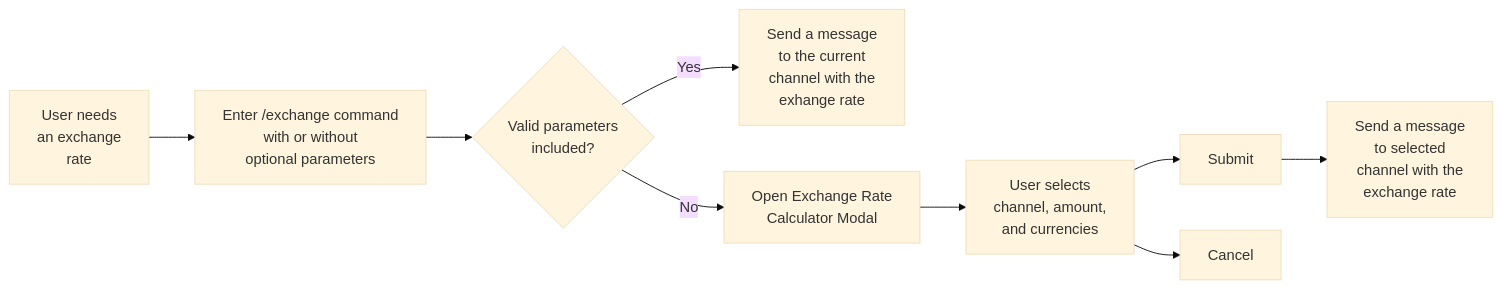
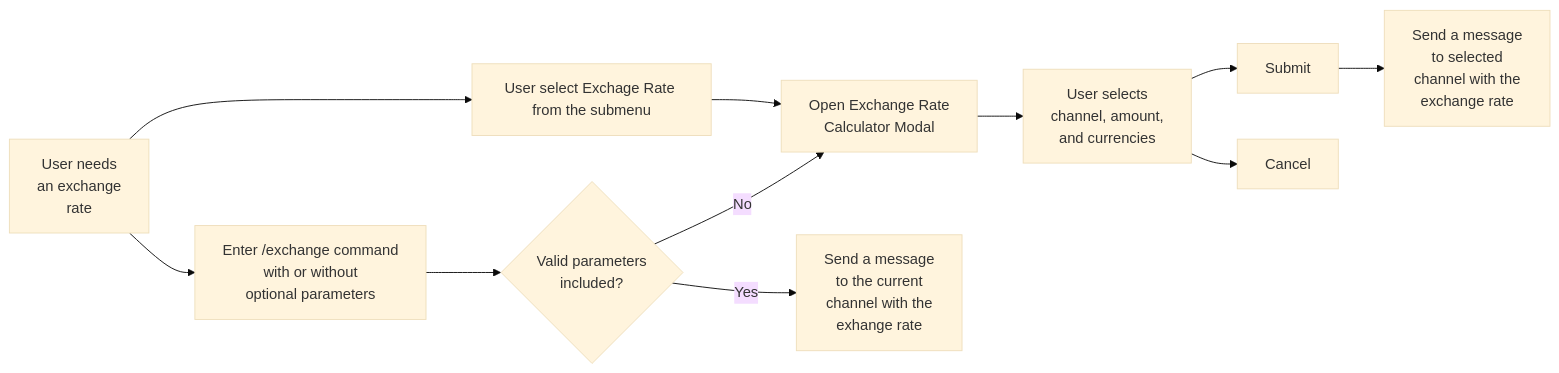
The diagram in README.md (marky72mark/slack.integration), drawn with Mermaid (base theme) before and after one commit.

````diff
--- a/README.md
+++ b/README.md
@@ -4,13 +4,15 @@
 ```mermaid
 flowchart LR
     Start[User needs <br>an exchange <br>rate]
     Start --> A
-    A["Enter /exchange command<br> with or without <br>optional parameters"] -->
+    Start --> S
+    A["Enter /exchange command<br> with or without <br>optional parameters"] --> B
+    S["User select Exchage Rate from the submenu"] --> D
     B{"Valid parameters <br>included?"}
     B-- Yes -->C[Send a message <br>to the current <br>channel with the <br>exhange rate]
     B-- No --> D[Open Exchange Rate <br>Calculator Modal] 
     D --> E[User selects <br>channel, amount, <br>and currencies]
     E --> F[Submit]
     F --> H[Send a message <br>to selected <br>channel with the <br>exchange rate]
     E --> G[Cancel]
   ```
````
